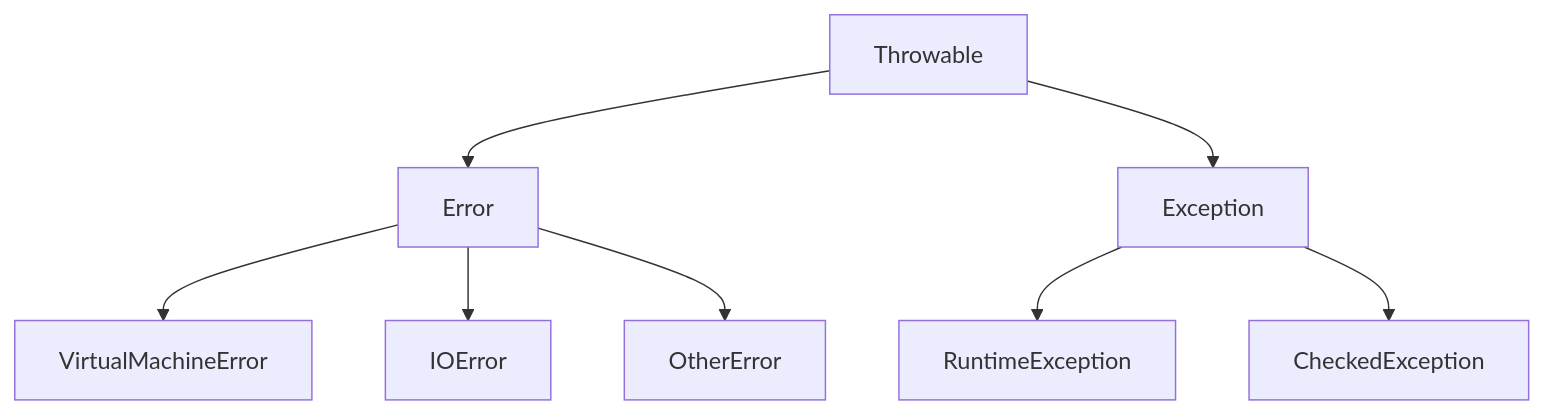
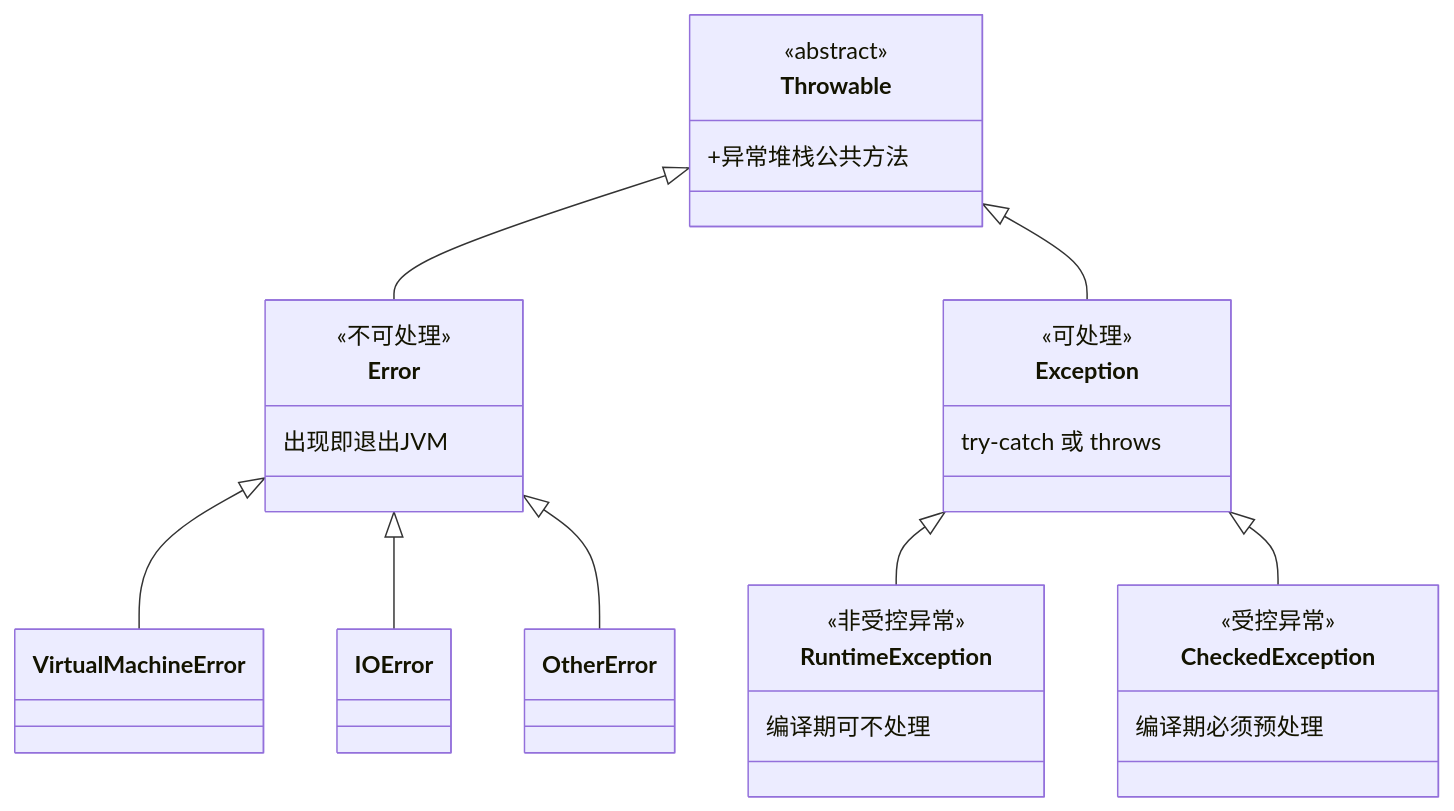
The diagram in Java 学习五 ：异常处理.md (Blackcrispy/Notes_vault), drawn with Mermaid before and after one commit.

Commit message:
vault backup: 2026-08-03 16:20:41

````diff
--- a/Java 学习五 ：异常处理.md
+++ b/Java 学习五 ：异常处理.md
@@ -39,12 +39,38 @@
 ```mermaid
-flowchart TD
-    Throwable --> Error
-    Throwable --> Exception
+classDiagram
+    Throwable <|-- Error
+    Throwable <|-- Exception
     
-    Error --> VirtualMachineError
-    Error --> IOError
-    Error --> OtherError
+    Error <|-- VirtualMachineError
+    Error <|-- IOError
+    Error <|-- OtherError
     
-    Exception --> RuntimeException
-    Exception --> CheckedException
+    Exception <|-- RuntimeException
+    Exception <|-- CheckedException
+    
+    class Throwable {
+        <<abstract>>
+        +异常堆栈公共方法
+    }
+    
+    class Error {
+        <<不可处理>>
+        出现即退出JVM
+    }
+    
+    class Exception {
+        <<可处理>>
+        try-catch 或 throws
+    }
+    
+    class RuntimeException {
+        <<非受控异常>>
+        编译期可不处理
+    }
+    
+    class CheckedException {
+        <<受控异常>>
+        编译期必须预处理
+    }
+    
 ```
````
